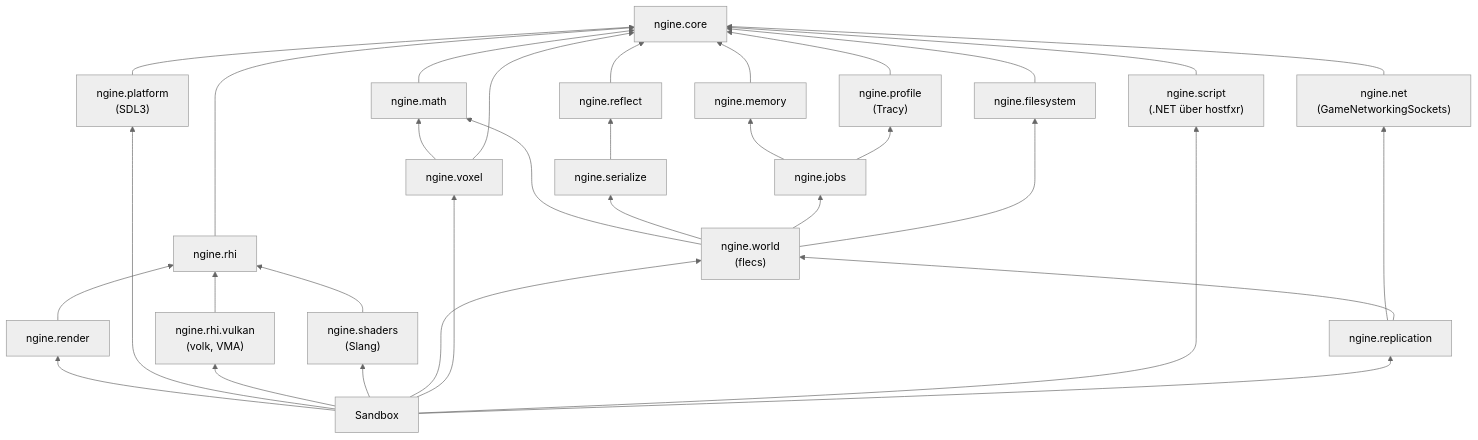
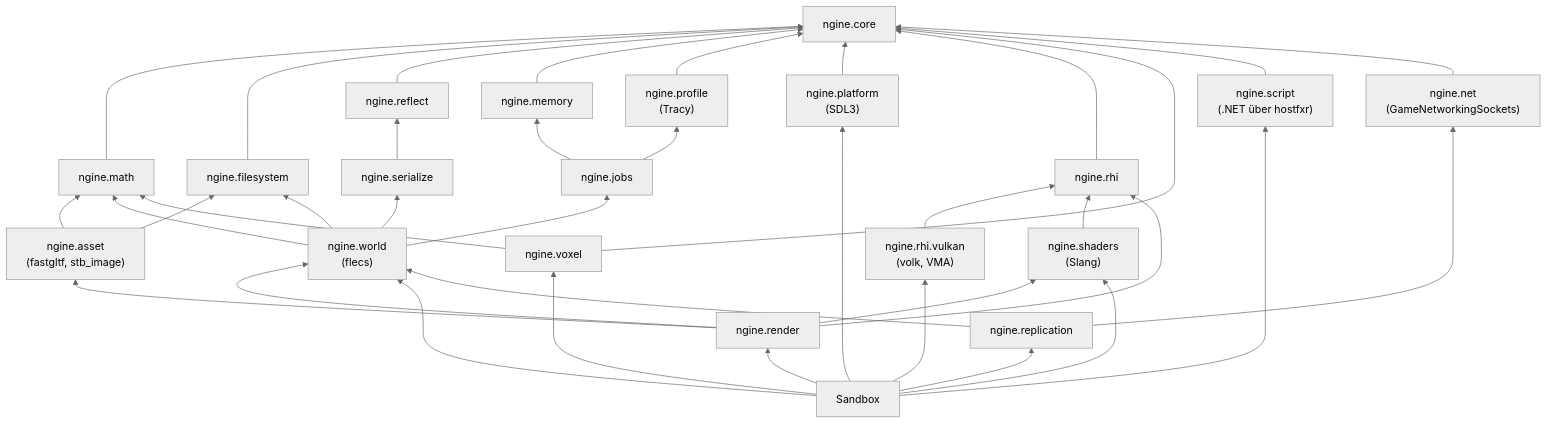
Before and after one commit to viiez/ngine: the second of 12 diagrams in docs/architecture.md, drawn with Mermaid (neutral theme). The commit also changed other lines of this file and 10 other files, not shown here.

````diff
--- a/docs/architecture.md
+++ b/docs/architecture.md
@@ -49,53 +50,59 @@
 ```mermaid
 flowchart BT
     core["ngine.core"]
     memory["ngine.memory"]
     jobs["ngine.jobs"]
     profile["ngine.profile<br/>(Tracy)"]
     platform["ngine.platform<br/>(SDL3)"]
     rhi["ngine.rhi"]
     vulkan["ngine.rhi.vulkan<br/>(volk, VMA)"]
     shaders["ngine.shaders<br/>(Slang)"]
     fs["ngine.filesystem"]
     reflect["ngine.reflect"]
     serialize["ngine.serialize"]
     world["ngine.world<br/>(flecs)"]
     voxel["ngine.voxel"]
     script["ngine.script<br/>(.NET über hostfxr)"]
     net["ngine.net<br/>(GameNetworkingSockets)"]
     replication["ngine.replication"]
     sandbox["Sandbox"]
     math["ngine.math"]
     render["ngine.render"]
+    asset["ngine.asset<br/>(fastgltf, stb_image)"]
     math --> core
+    asset --> math
+    asset --> fs
+    render --> asset
+    render --> world
+    render --> shaders
     world --> math
     voxel --> math
     fs --> core
     reflect --> core
     serialize --> reflect
     world --> serialize
     world --> jobs
     world --> fs
     memory --> core
     jobs --> memory
     jobs --> profile
     profile --> core
     platform --> core
     rhi --> core
     vulkan --> rhi
     shaders --> rhi
     render --> rhi
     sandbox --> render
     sandbox --> platform
     sandbox --> vulkan
     sandbox --> shaders
     sandbox --> world
     voxel --> core
     sandbox --> voxel
     script --> core
     sandbox --> script
     net --> core
     replication --> net
     replication --> world
     sandbox --> replication
 ```
````
